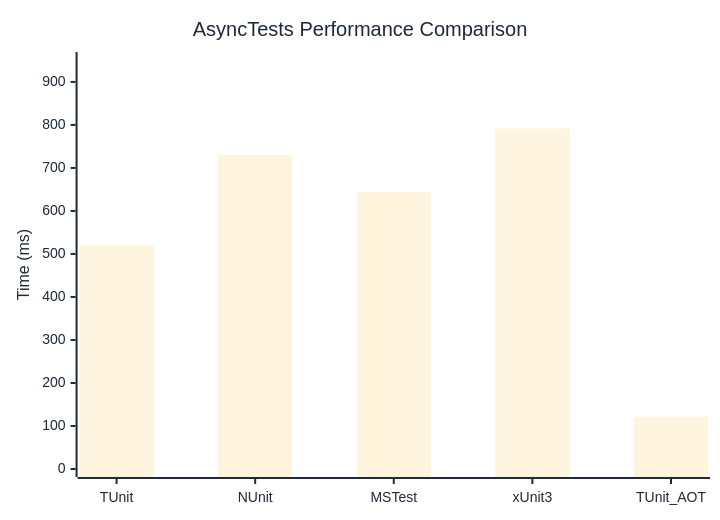
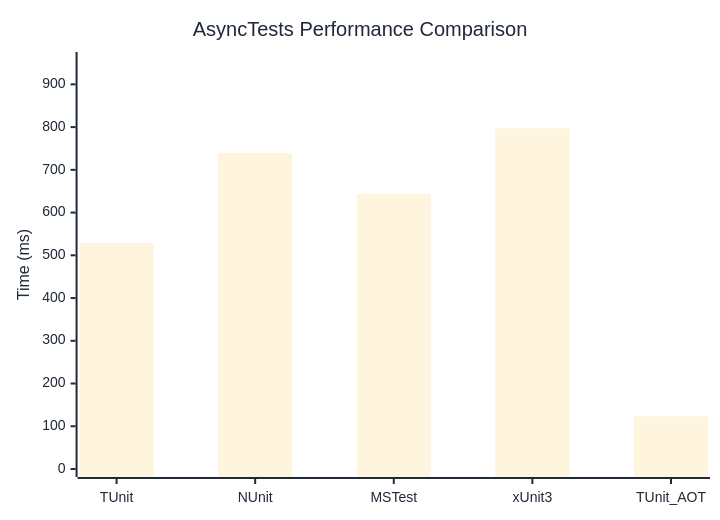
The diagram in docs/docs/benchmarks/AsyncTests.md (thomhurst/TUnit), drawn with Mermaid before and after one commit. The commit also changed other lines of this file and 17 other files, not shown here.

````diff
--- a/docs/docs/benchmarks/AsyncTests.md
+++ b/docs/docs/benchmarks/AsyncTests.md
@@ -27,37 +27,37 @@
 ```mermaid
 %%{init: {
   'theme':'base',
   'themeVariables': {
     'primaryColor': '#2563eb',
     'primaryTextColor': '#1f2937',
     'primaryBorderColor': '#1e40af',
     'lineColor': '#6b7280',
     'secondaryColor': '#7c3aed',
     'tertiaryColor': '#dc2626',
     'background': '#ffffff',
     'mainBkg': '#2563eb',
     'secondBkg': '#7c3aed',
     'tertiaryBkg': '#dc2626',
     'clusterBkg': '#f3f4f6',
     'edgeLabelBackground': '#ffffff',
     'tertiaryTextColor': '#1f2937',
     'pie1': '#2563eb',
     'pie2': '#7c3aed',
     'pie3': '#dc2626',
     'pie4': '#f59e0b',
     'pie5': '#10b981',
     'pie6': '#06b6d4',
     'pie7': '#ec4899',
     'pie8': '#6366f1',
     'pie9': '#84cc16',
     'pie10': '#f97316',
     'pie11': '#14b8a6',
     'pie12': '#a855f7'
   }
 }}%%
 xychart-beta
   title "AsyncTests Performance Comparison"
   x-axis ["TUnit", "NUnit", "MSTest", "xUnit3", "TUnit_AOT"]
-  y-axis "Time (ms)" 0 --> 951
-  bar [521.5, 730.1, 644.3, 791.8, 121.4]
+  y-axis "Time (ms)" 0 --> 957
+  bar [528.8, 739.1, 644, 797.3, 122.9]
 ```
````
